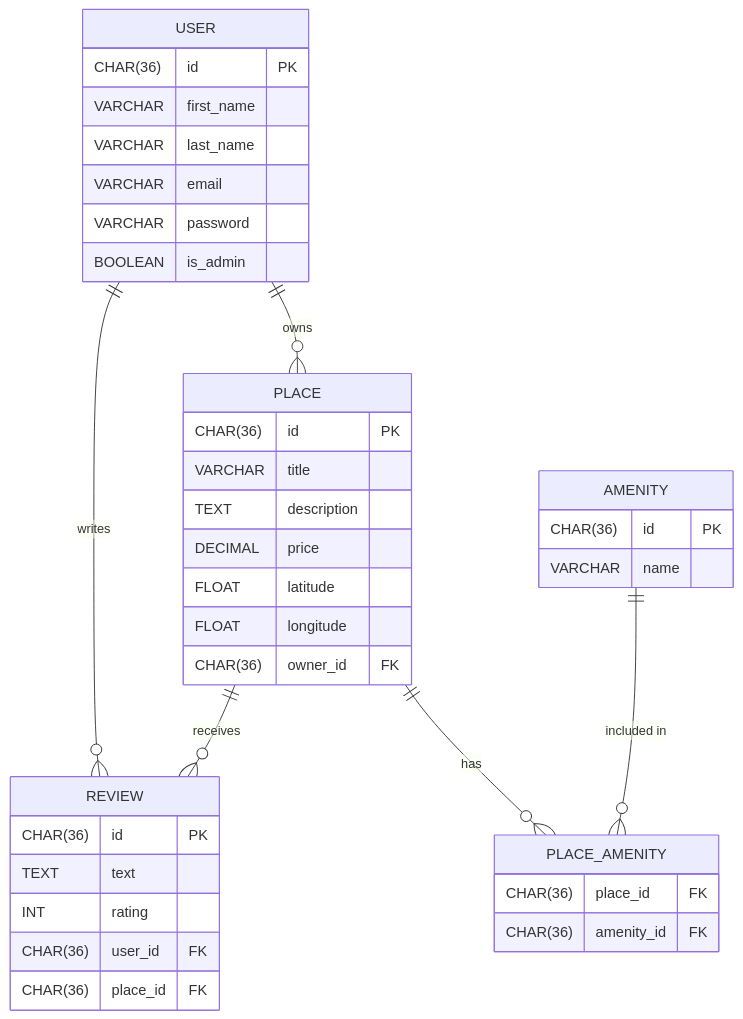
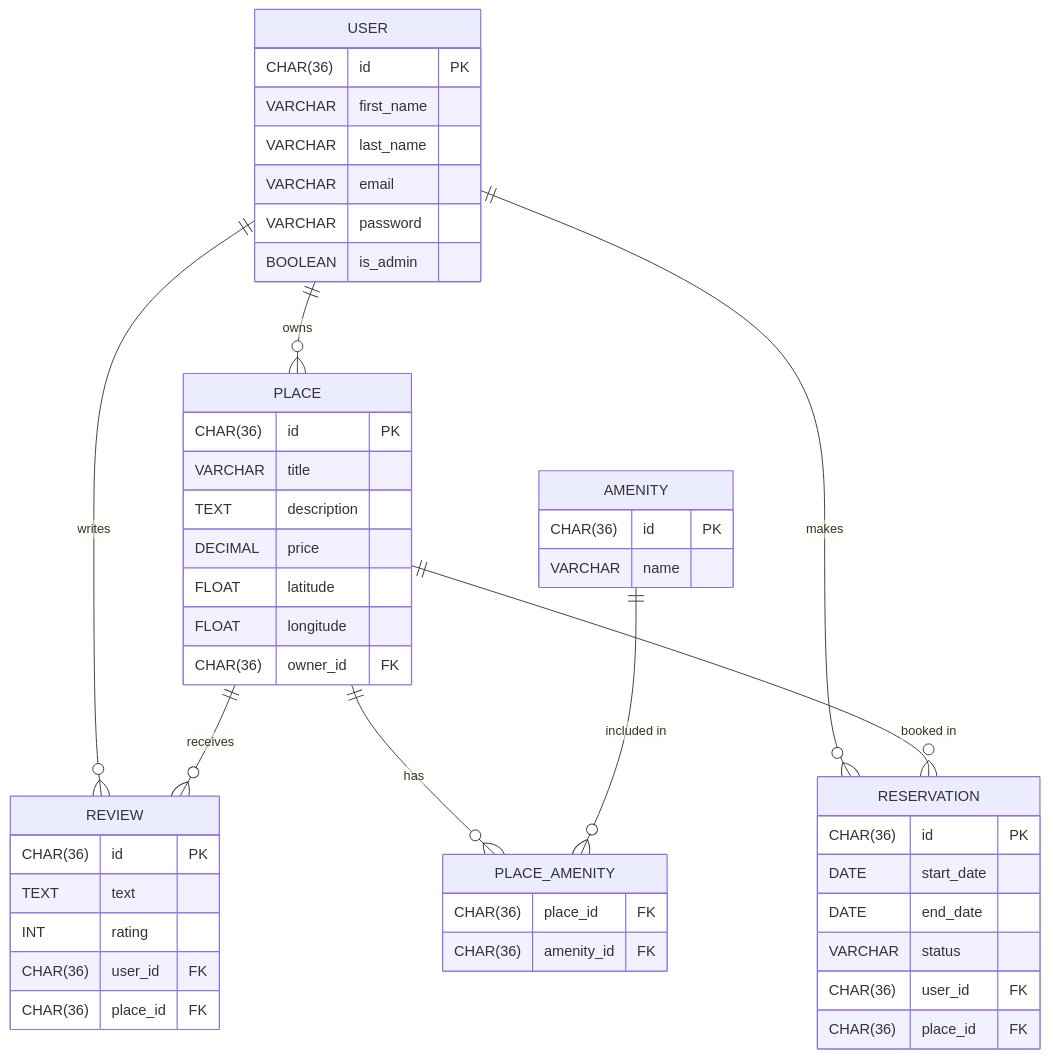
One commit to AnneCecile2935/holbertonschool-hbnb changed the diagram in part3/README.md. Above: the diagram before and after it, drawn with Mermaid. The commit also changed other lines of this file and 1 other file, not shown here.

Commit message:
update diagram and Readme

````diff
--- a/part3/README.md
+++ b/part3/README.md
@@ -202,46 +177,58 @@
 ```mermaid
 
 erDiagram
     USER {
         CHAR(36) id PK
         VARCHAR first_name
         VARCHAR last_name
         VARCHAR email
         VARCHAR password
         BOOLEAN is_admin
     }
 
     PLACE {
         CHAR(36) id PK
         VARCHAR title
         TEXT description
         DECIMAL price
         FLOAT latitude
         FLOAT longitude
         CHAR(36) owner_id FK
     }
 
     REVIEW {
         CHAR(36) id PK
         TEXT text
         INT rating
         CHAR(36) user_id FK
         CHAR(36) place_id FK
     }
 
     AMENITY {
         CHAR(36) id PK
         VARCHAR name
     }
 
     PLACE_AMENITY {
         CHAR(36) place_id FK
         CHAR(36) amenity_id FK
     }
 
+    RESERVATION {
+        CHAR(36) id PK
+        DATE start_date
+        DATE end_date
+        VARCHAR status
+        CHAR(36) user_id FK
+        CHAR(36) place_id FK
+    }
+
     USER ||--o{ PLACE : "owns"
     USER ||--o{ REVIEW : "writes"
     PLACE ||--o{ REVIEW : "receives"
     PLACE ||--o{ PLACE_AMENITY : "has"
     AMENITY ||--o{ PLACE_AMENITY : "included in"
+
+    USER ||--o{ RESERVATION : "makes"
+    PLACE ||--o{ RESERVATION : "booked in"
 ```
````
